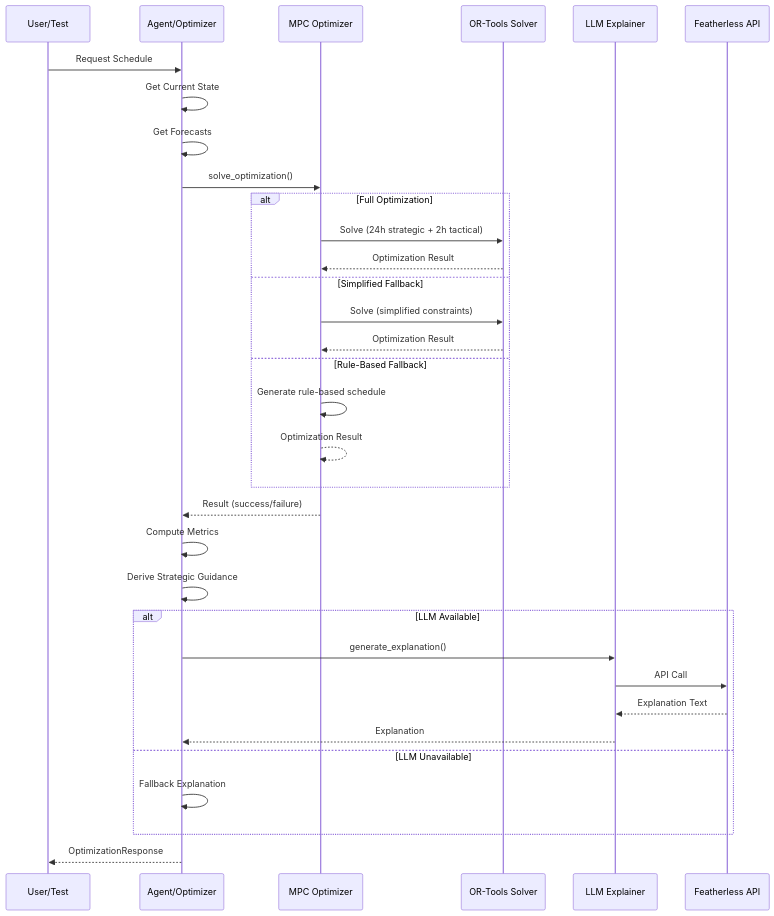
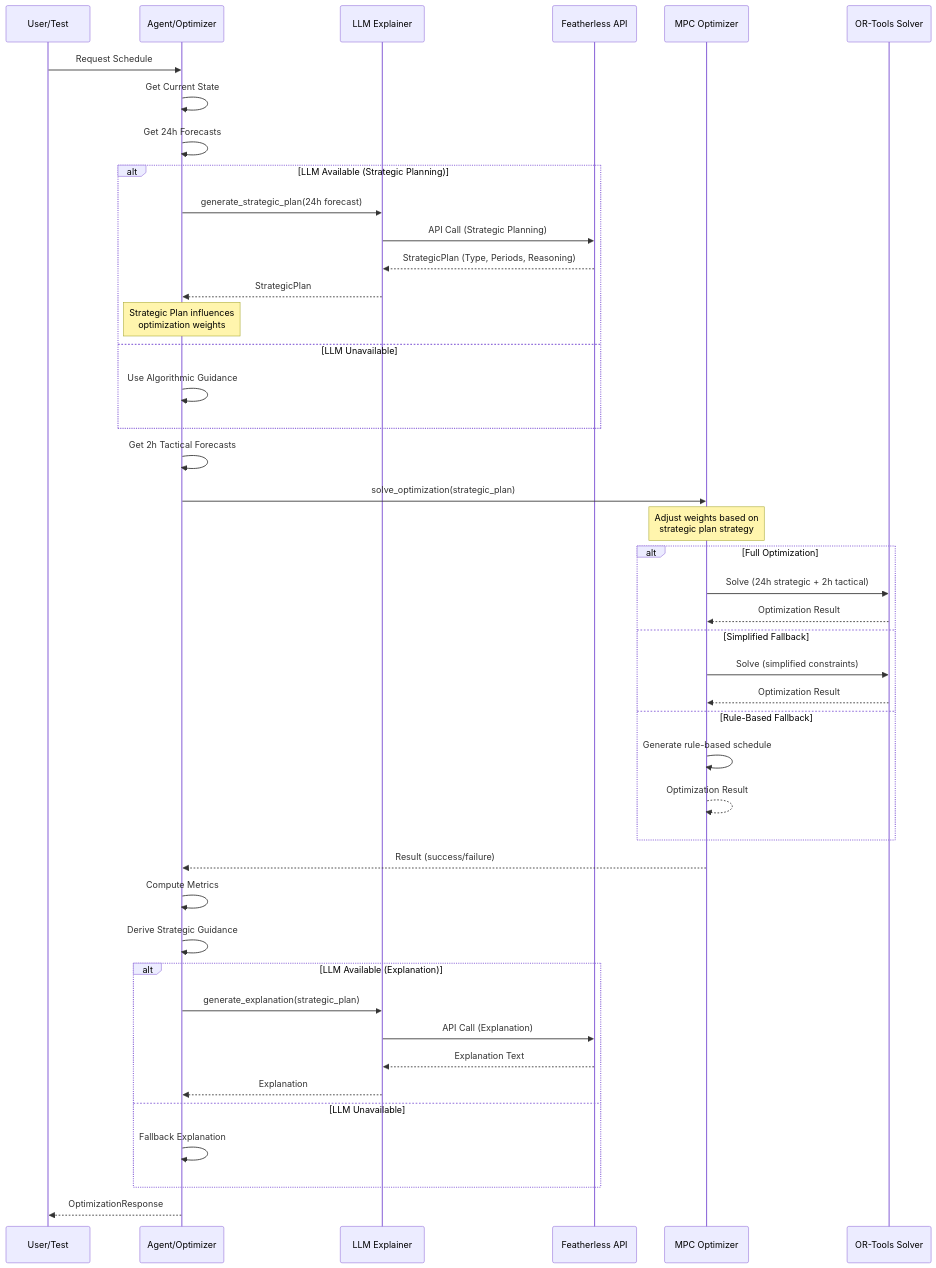
Before and after one commit to alexha11/Junction-2025: the second of 9 diagrams in agents/optimizer_agent/ARCHITECTURE.md, drawn with Mermaid. The commit also changed other lines of this file and 7 other files, not shown here.

````diff
--- a/agents/optimizer_agent/ARCHITECTURE.md
+++ b/agents/optimizer_agent/ARCHITECTURE.md
@@ -64,42 +69,55 @@
 ```mermaid
 sequenceDiagram
     participant User/Test
     participant Agent/Optimizer
+    participant LLM Explainer
+    participant Featherless API
     participant MPC Optimizer
     participant OR-Tools Solver
-    participant LLM Explainer
-    participant Featherless API
 
     User/Test->>Agent/Optimizer: Request Schedule
     Agent/Optimizer->>Agent/Optimizer: Get Current State
-    Agent/Optimizer->>Agent/Optimizer: Get Forecasts
+    Agent/Optimizer->>Agent/Optimizer: Get 24h Forecasts
     
-    Agent/Optimizer->>MPC Optimizer: solve_optimization()
+    alt LLM Available (Strategic Planning)
+        Agent/Optimizer->>LLM Explainer: generate_strategic_plan(24h forecast)
+        LLM Explainer->>Featherless API: API Call (Strategic Planning)
+        Featherless API-->>LLM Explainer: StrategicPlan (Type, Periods, Reasoning)
+        LLM Explainer-->>Agent/Optimizer: StrategicPlan
+        Note over Agent/Optimizer: Strategic Plan influences<br/>optimization weights
+    else LLM Unavailable
+        Agent/Optimizer->>Agent/Optimizer: Use Algorithmic Guidance
+    end
+    
+    Agent/Optimizer->>Agent/Optimizer: Get 2h Tactical Forecasts
+    Agent/Optimizer->>MPC Optimizer: solve_optimization(strategic_plan)
+    
+    Note over MPC Optimizer: Adjust weights based on<br/>strategic plan strategy
     
     alt Full Optimization
         MPC Optimizer->>OR-Tools Solver: Solve (24h strategic + 2h tactical)
         OR-Tools Solver-->>MPC Optimizer: Optimization Result
     else Simplified Fallback
         MPC Optimizer->>OR-Tools Solver: Solve (simplified constraints)
         OR-Tools Solver-->>MPC Optimizer: Optimization Result
     else Rule-Based Fallback
         MPC Optimizer->>MPC Optimizer: Generate rule-based schedule
         MPC Optimizer-->>MPC Optimizer: Optimization Result
     end
     
     MPC Optimizer-->>Agent/Optimizer: Result (success/failure)
     
     Agent/Optimizer->>Agent/Optimizer: Compute Metrics
     Agent/Optimizer->>Agent/Optimizer: Derive Strategic Guidance
     
-    alt LLM Available
-        Agent/Optimizer->>LLM Explainer: generate_explanation()
-        LLM Explainer->>Featherless API: API Call
+    alt LLM Available (Explanation)
+        Agent/Optimizer->>LLM Explainer: generate_explanation(strategic_plan)
+        LLM Explainer->>Featherless API: API Call (Explanation)
         Featherless API-->>LLM Explainer: Explanation Text
         LLM Explainer-->>Agent/Optimizer: Explanation
     else LLM Unavailable
         Agent/Optimizer->>Agent/Optimizer: Fallback Explanation
     end
     
     Agent/Optimizer-->>User/Test: OptimizationResponse
 ```
````
